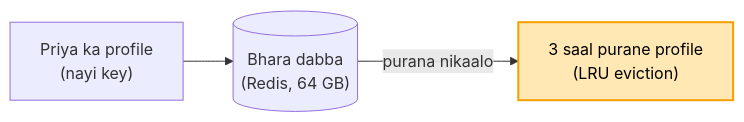
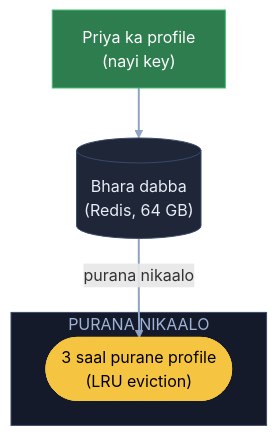
Before and after one commit to ArpanMaheshwari144/Prep: the second of 7 diagrams in 04_HLD/SYSTEM_DESIGNS/10_distributed_cache/10_distributed_cache.md, drawn with Mermaid. The commit also changed other lines of this file, not shown here.

Commit message:
Cache: 7 diagram YouTube (reel) wale card andaaz me

````diff
--- a/04_HLD/SYSTEM_DESIGNS/10_distributed_cache/10_distributed_cache.md
+++ b/04_HLD/SYSTEM_DESIGNS/10_distributed_cache/10_distributed_cache.md
@@ -53,6 +64,16 @@
 ```mermaid
-flowchart LR
-    P["Priya ka profile<br/>(nayi key)"] --> C[("Bhara dabba<br/>(Redis, 64 GB)")]
-    C -- "purana nikaalo" --> O["3 saal purane profile<br/>(LRU eviction)"]
-    style O fill:#ffe8b3,stroke:#f59f00,stroke-width:2px,color:#000
+flowchart TB
+    P["Priya ka profile<br/>(nayi key)"]:::good
+    C[("Bhara dabba<br/>(Redis, 64 GB)")]:::card
+    subgraph PN["PURANA NIKAALO"]
+        O(["3 saal purane profile<br/>(LRU eviction)"]):::pill
+    end
+    P --> C
+    C -- "purana nikaalo" --> O
+    linkStyle default stroke:#8fa3c7,stroke-width:2px
+    classDef card fill:#1e2638,stroke:#3a4a6b,color:#e8ecf5
+    classDef pill fill:#f5c542,stroke:#f5c542,color:#000
+    classDef good fill:#2e7d4f,stroke:#3fbf6f,color:#fff
+    classDef bad fill:#5c1f24,stroke:#e05561,color:#fff
+    style PN fill:#141a29,stroke:#3a4a6b,color:#9fb3d9
 ```
````
